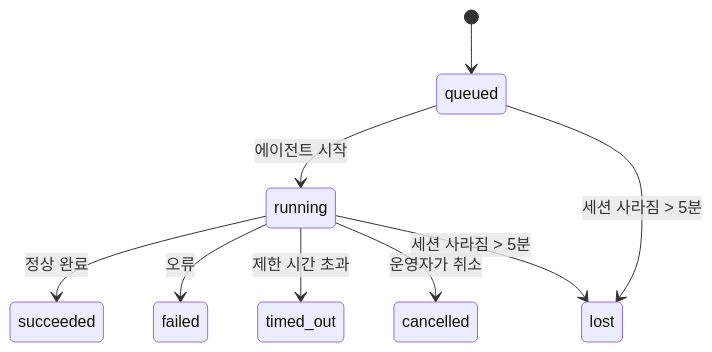
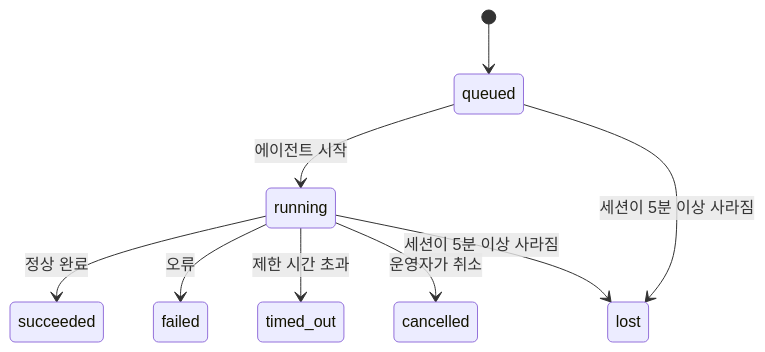
Before and after one commit to daichangya/openclaw-docs: the diagram in docs/ko/automation/tasks.md, drawn with Mermaid. The commit also changed other lines of this file and 55 other files, not shown here.

````diff
--- a/docs/ko/automation/tasks.md
+++ b/docs/ko/automation/tasks.md
@@ -99,11 +99,11 @@
 ```mermaid
 stateDiagram-v2
     [*] --> queued
     queued --> running : 에이전트 시작
     running --> succeeded : 정상 완료
     running --> failed : 오류
     running --> timed_out : 제한 시간 초과
     running --> cancelled : 운영자가 취소
-    queued --> lost : 세션 사라짐 > 5분
-    running --> lost : 세션 사라짐 > 5분
+    queued --> lost : 세션이 5분 이상 사라짐
+    running --> lost : 세션이 5분 이상 사라짐
 ```
````
